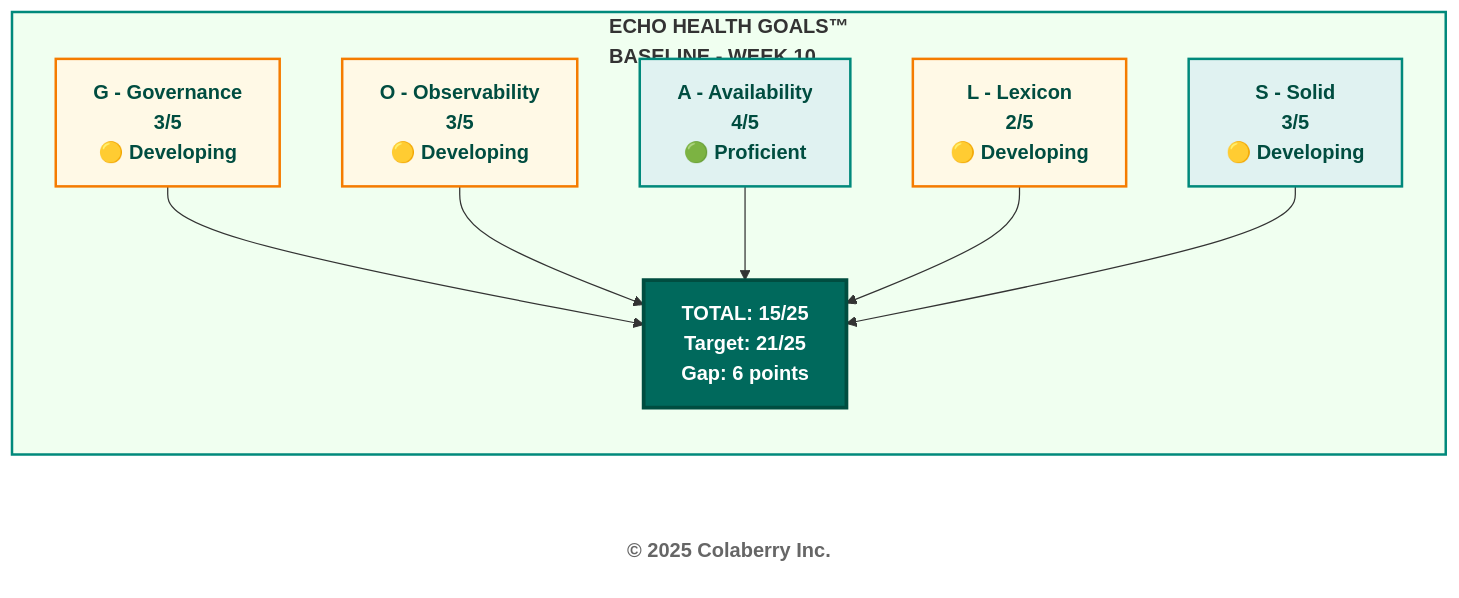
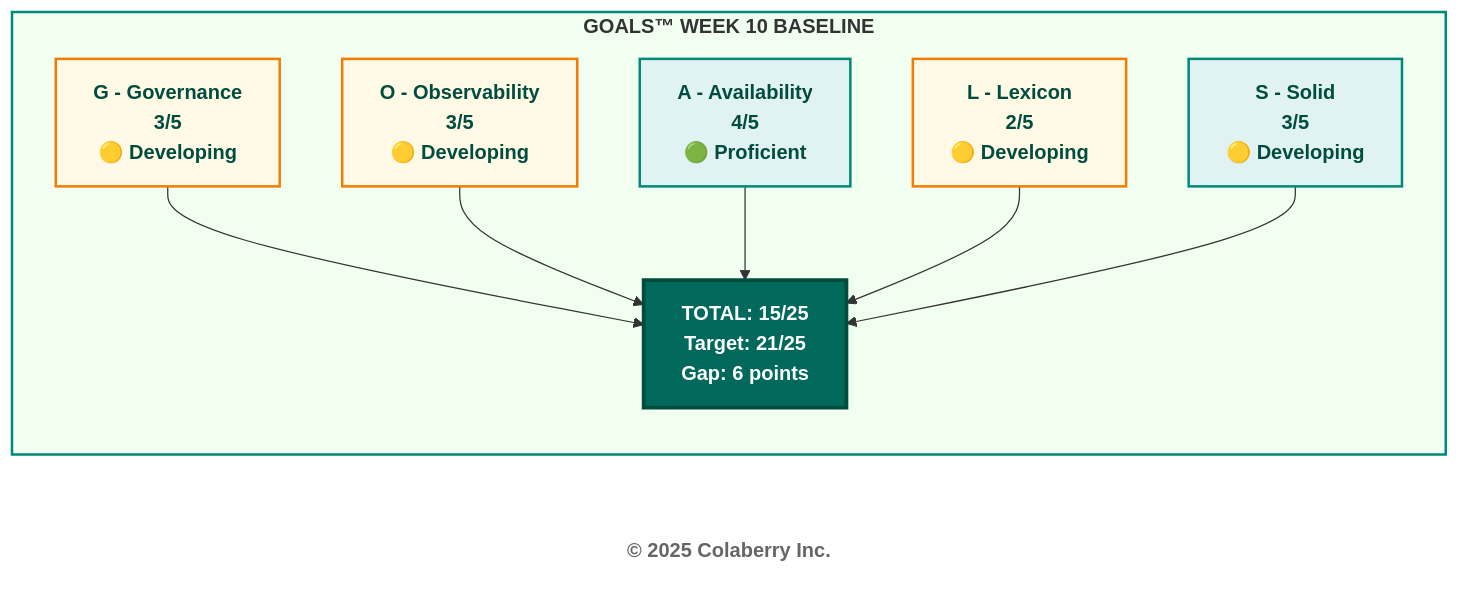
The first of 11 diagrams in manuscript/09_chapter_8_architecture_of_trust_in_action.md (saitejesh-cyber/trust-before-intelligence-book), drawn with Mermaid before and after one commit. The commit also changed other lines of this file, not shown here.

First line of the commit message:
Cleaning up chapter diagrams

````diff
--- a/manuscript/09_chapter_8_architecture_of_trust_in_action.md
+++ b/manuscript/09_chapter_8_architecture_of_trust_in_action.md
@@ -50,29 +50,29 @@
 ```mermaid
 graph LR
-  subgraph BASELINE["<b>ECHO HEALTH GOALS™<br/>BASELINE - WEEK 10</b>"]
+  subgraph BASELINE["<b>GOALS™ WEEK 10 BASELINE</b>"]
     G["<b>G - Governance</b><br/><b>3/5</b><br/><b>🟡 Developing</b>"]
     O["<b>O - Observability</b><br/><b>3/5</b><br/><b>🟡 Developing</b>"]
     A["<b>A - Availability</b><br/><b>4/5</b><br/><b>🟢 Proficient</b>"]
     L["<b>L - Lexicon</b><br/><b>2/5</b><br/><b>🟡 Developing</b>"]
     S["<b>S - Solid</b><br/><b>3/5</b><br/><b>🟡 Developing</b>"]
     
     TOTAL["<b>TOTAL: 15/25</b><br/><b>Target: 21/25</b><br/><b>Gap: 6 points</b>"]
   end
   
   G --> TOTAL
   O --> TOTAL
   A --> TOTAL
   L --> TOTAL
   S --> TOTAL
   
   style BASELINE fill:#f0fff0,stroke:#00897b,stroke-width:2px
   style G fill:#fff9e6,stroke:#f57c00,stroke-width:2px,color:#004d40
   style O fill:#fff9e6,stroke:#f57c00,stroke-width:2px,color:#004d40
   style A fill:#e0f2f1,stroke:#00897b,stroke-width:2px,color:#004d40
   style L fill:#fff9e6,stroke:#f57c00,stroke-width:2px,color:#004d40
   style S fill:#e0f2f1,stroke:#00897b,stroke-width:2px,color:#004d40
   style TOTAL fill:#00695c,color:#ffffff,stroke:#004d40,stroke-width:3px
   
   Copyright["<b>© 2025 Colaberry Inc.</b>"]
   style Copyright fill:#ffffff,stroke:none,color:#666666
 ```
````
